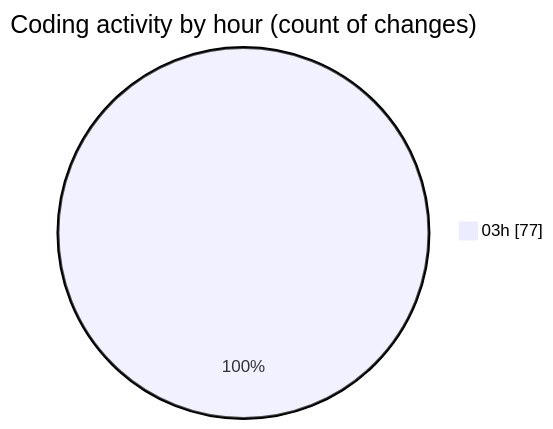
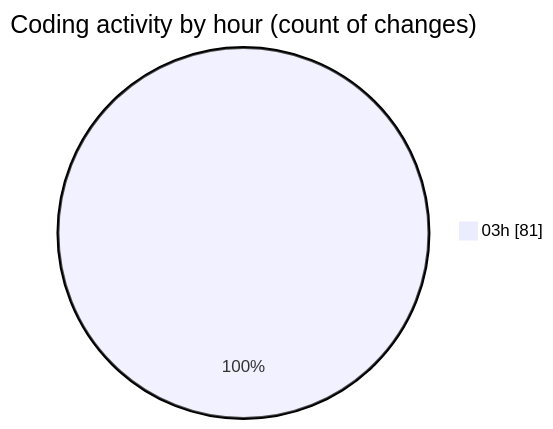
Before and after one commit to lephambinh05/code-tracking: the second of 2 diagrams in 2025-08-09/napxuvn/README.md, drawn with Mermaid. The commit also changed other lines of this file and 1 other file, not shown here.

````diff
--- a/2025-08-09/napxuvn/README.md
+++ b/2025-08-09/napxuvn/README.md
@@ -86,5 +88,5 @@
 ```mermaid
 pie showData
 title Coding activity by hour (count of changes)
-"03h" : 77
+"03h" : 81
 ```
````
